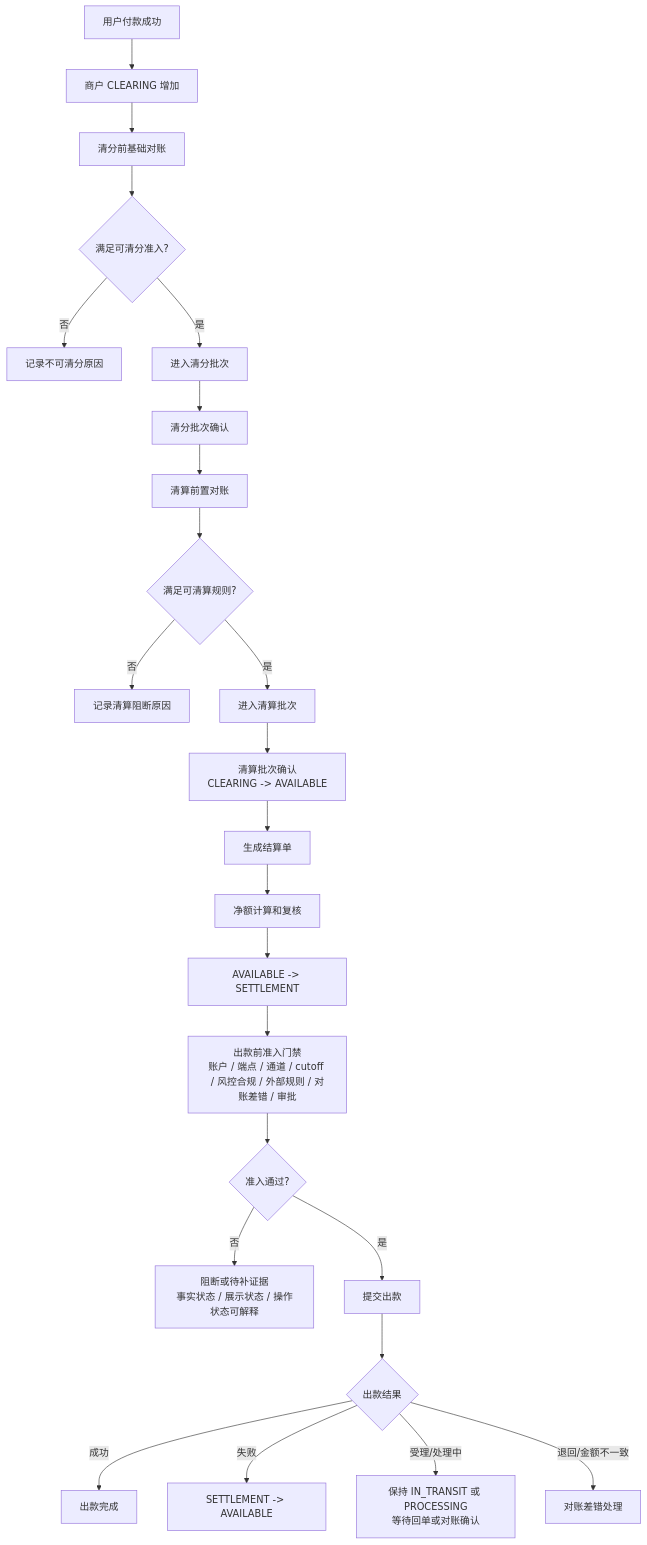
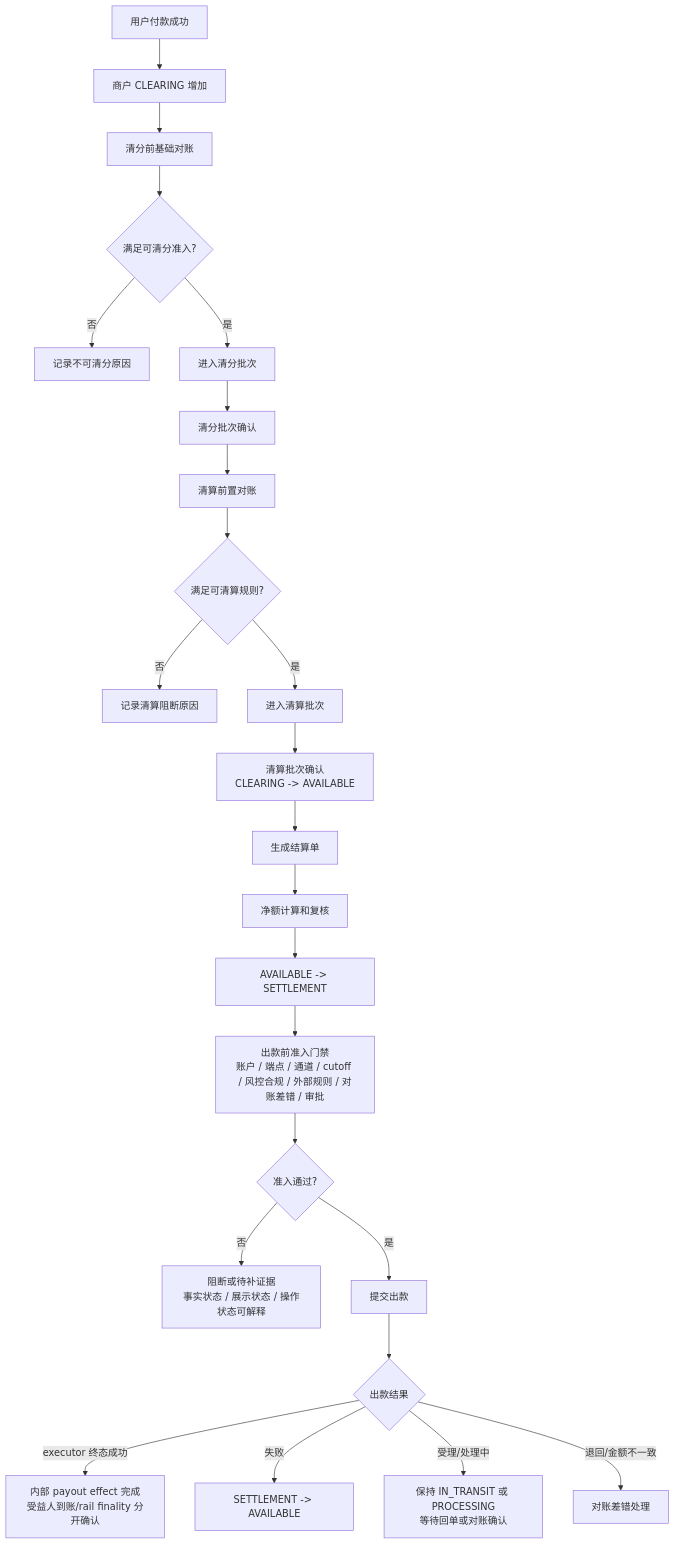
The tenth of 13 diagrams in docs/产品设计/03-清结算与对账.md (fengwuxp/wind-funds), drawn with Mermaid before and after one commit. The commit also changed other lines of this file and 15 other files, not shown here.

````diff
--- a/docs/产品设计/03-清结算与对账.md
+++ b/docs/产品设计/03-清结算与对账.md
@@ -1097,26 +1099,26 @@
 ```mermaid
 flowchart TD
     A["用户付款成功"] --> B["商户 CLEARING 增加"]
     B --> C["清分前基础对账"]
     C --> D{"满足可清分准入?"}
     D -- "否" --> E["记录不可清分原因"]
     D -- "是" --> F["进入清分批次"]
     F --> G["清分批次确认"]
     G --> H["清算前置对账"]
     H --> I{"满足可清算规则?"}
     I -- "否" --> J["记录清算阻断原因"]
     I -- "是" --> K["进入清算批次"]
     K --> L["清算批次确认\nCLEARING -> AVAILABLE"]
     L --> M["生成结算单"]
     M --> N["净额计算和复核"]
     N --> O["AVAILABLE -> SETTLEMENT"]
     O --> P["出款前准入门禁\n账户 / 端点 / 通道 / cutoff / 风控合规 / 外部规则 / 对账差错 / 审批"]
     P --> Q{"准入通过?"}
     Q -- "否" --> R["阻断或待补证据\n事实状态 / 展示状态 / 操作状态可解释"]
     Q -- "是" --> S["提交出款"]
     S --> T{"出款结果"}
-    T -- "成功" --> U["出款完成"]
+    T -- "executor 终态成功" --> U["内部 payout effect 完成\n受益人到账/rail finality 分开确认"]
     T -- "失败" --> V["SETTLEMENT -> AVAILABLE"]
     T -- "受理/处理中" --> W["保持 IN_TRANSIT 或 PROCESSING\n等待回单或对账确认"]
     T -- "退回/金额不一致" --> X["对账差错处理"]
 ```
````
